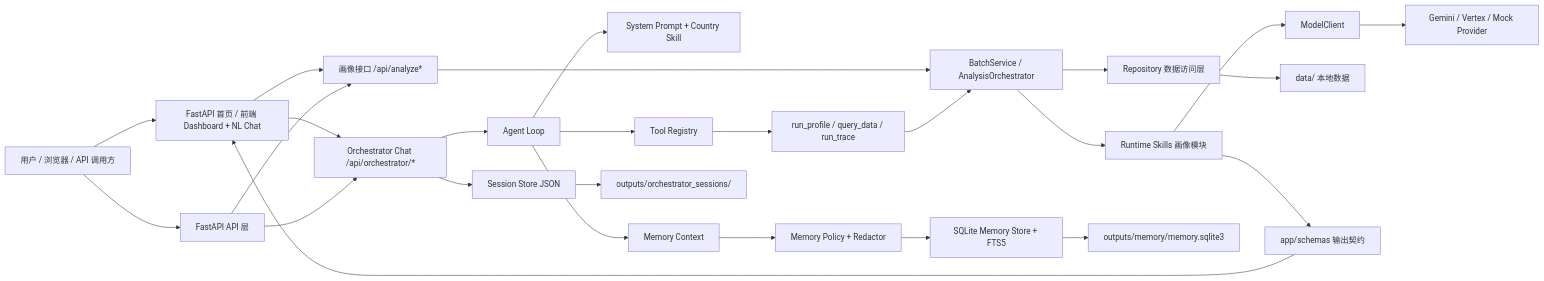
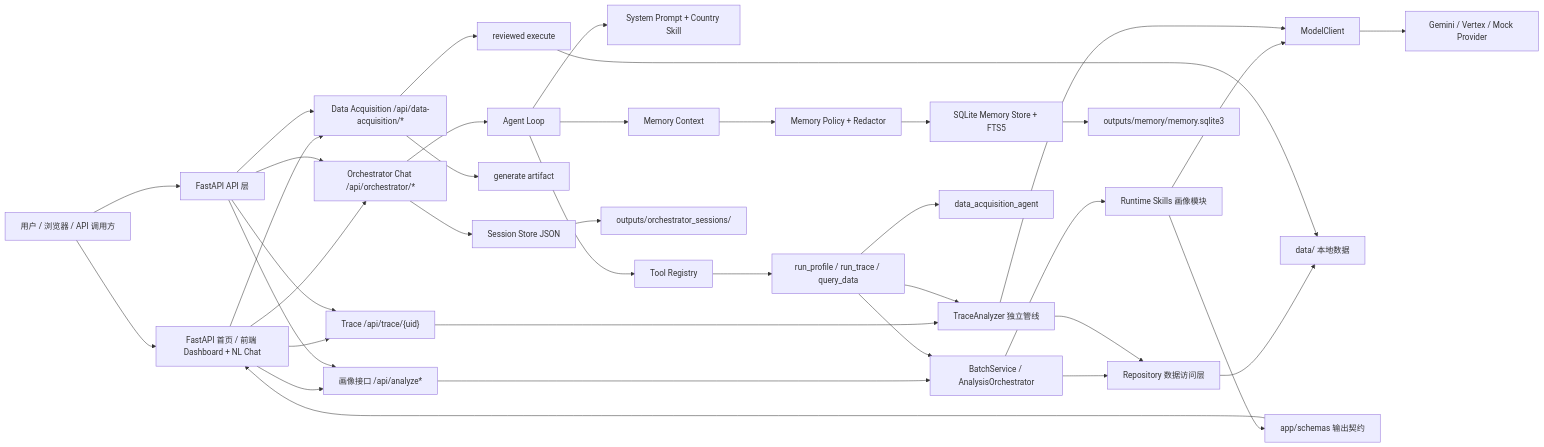
Before and after one commit to lizheng33193/MAPS-LZ: the first of 8 diagrams in README.md, drawn with Mermaid. The commit also changed other lines of this file and 25 other files, not shown here.

````diff
--- a/README.md
+++ b/README.md
@@ -147,31 +223,45 @@
 ```mermaid
 flowchart LR
   User["用户 / 浏览器 / API 调用方"] --> Frontend["FastAPI 首页 / 前端 Dashboard + NL Chat"]
   User --> API["FastAPI API 层"]
 
   Frontend --> AnalyzeRoutes["画像接口 /api/analyze*"]
   Frontend --> ChatRoutes["Orchestrator Chat /api/orchestrator/*"]
+  Frontend --> TraceRoute["Trace /api/trace/{uid}"]
+  Frontend --> DARoutes["Data Acquisition /api/data-acquisition/*"]
   API --> AnalyzeRoutes
   API --> ChatRoutes
+  API --> TraceRoute
+  API --> DARoutes
 
   AnalyzeRoutes --> BatchService["BatchService / AnalysisOrchestrator"]
   BatchService --> Repository["Repository 数据访问层"]
   BatchService --> RuntimeSkills["Runtime Skills 画像模块"]
   RuntimeSkills --> ModelClient["ModelClient"]
   ModelClient --> Providers["Gemini / Vertex / Mock Provider"]
   Repository --> DataFiles["data/ 本地数据"]
   RuntimeSkills --> Schemas["app/schemas 输出契约"]
   Schemas --> Frontend
 
+  TraceRoute --> TraceAnalyzer["TraceAnalyzer 独立管线"]
+  TraceAnalyzer --> Repository
+  TraceAnalyzer --> ModelClient
+
   ChatRoutes --> SessionStore["Session Store JSON"]
   ChatRoutes --> AgentLoop["Agent Loop"]
   AgentLoop --> SystemPrompt["System Prompt + Country Skill"]
   AgentLoop --> MemoryContext["Memory Context"]
   AgentLoop --> ToolRegistry["Tool Registry"]
-  ToolRegistry --> ProfileTools["run_profile / query_data / run_trace"]
+  ToolRegistry --> ProfileTools["run_profile / run_trace / query_data"]
   ProfileTools --> BatchService
+  ProfileTools --> TraceAnalyzer
+  ProfileTools --> DARuntime["data_acquisition_agent"]
   MemoryContext --> MemoryPolicy["Memory Policy + Redactor"]
   MemoryPolicy --> SQLiteMemory["SQLite Memory Store + FTS5"]
   SQLiteMemory --> MemoryDB["outputs/memory/memory.sqlite3"]
   SessionStore --> SessionFiles["outputs/orchestrator_sessions/"]
+
+  DARoutes --> DAGenerate["generate artifact"]
+  DARoutes --> DAExecute["reviewed execute"]
+  DAExecute --> DataFiles
 ```
````
